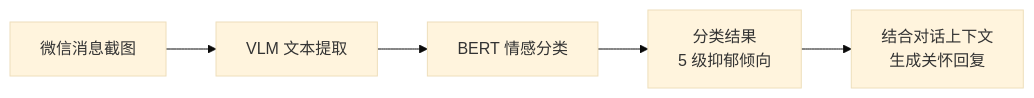
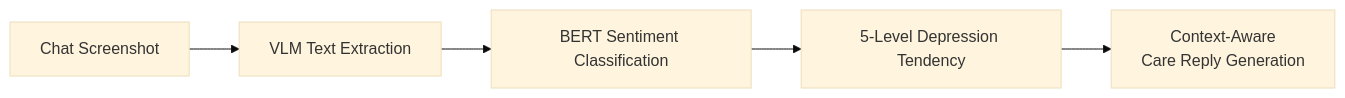
Before and after one commit to DreDabe/sightflow-desktop-agent: the diagram in README.md, drawn with Mermaid (base theme). The commit also changed other lines of this file and 19 other files, not shown here.

````diff
--- a/README.md
+++ b/README.md
@@ -49,7 +74,7 @@
 ```mermaid
 flowchart LR
-    A["微信消息截图"] --> B["VLM 文本提取"]
-    B --> C["BERT 情感分类"]
-    C --> D["分类结果<br/>5 级抑郁倾向"]
-    D --> E["结合对话上下文<br/>生成关怀回复"]
+    A["Chat Screenshot"] --> B["VLM Text Extraction"]
+    B --> C["BERT Sentiment Classification"]
+    C --> D["5-Level Depression Tendency"]
+    D --> E["Context-Aware<br/>Care Reply Generation"]
 ```
````
